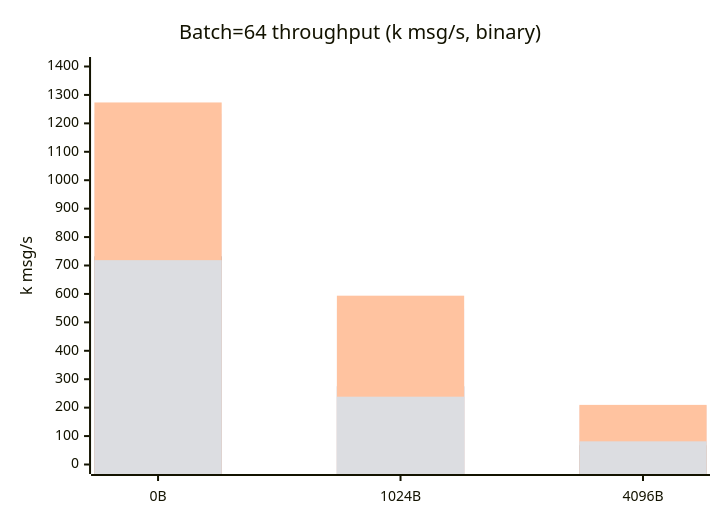
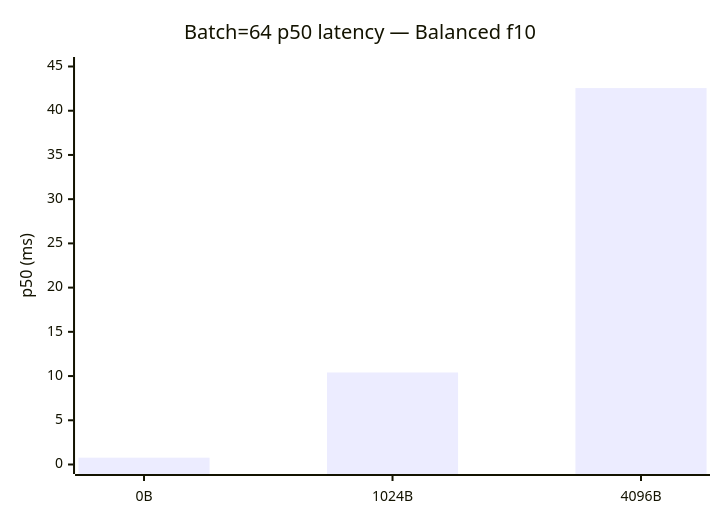
Before and after one commit to gabloe/felix: the tenth of 22 diagrams in services/broker/README.md, drawn with Mermaid. The commit also changed other lines of this file and 2 other files, not shown here.

````diff
--- a/services/broker/README.md
+++ b/services/broker/README.md
@@ -112,10 +147,7 @@
 ```mermaid
 xychart-beta
-    title "Batch=64 throughput (k msg/s, binary)"
+    title "Batch=64 p50 latency — Balanced f10"
     x-axis ["0B","1024B","4096B"]
-    y-axis "k msg/s" 0 --> 1400
-    bar "Balanced f1" [1234.3,548.8,206.6]
-    bar "Balanced f10" [732.4,275.2,67.8]
-    bar "High-memory f1" [1273.5,593.8,209.7]
-    bar "High-memory f10" [718.8,238.5,81.5]
+    y-axis "p50 (ms)" 0 --> 45
+    bar [0.770,10.402,42.562]
 ```
````
